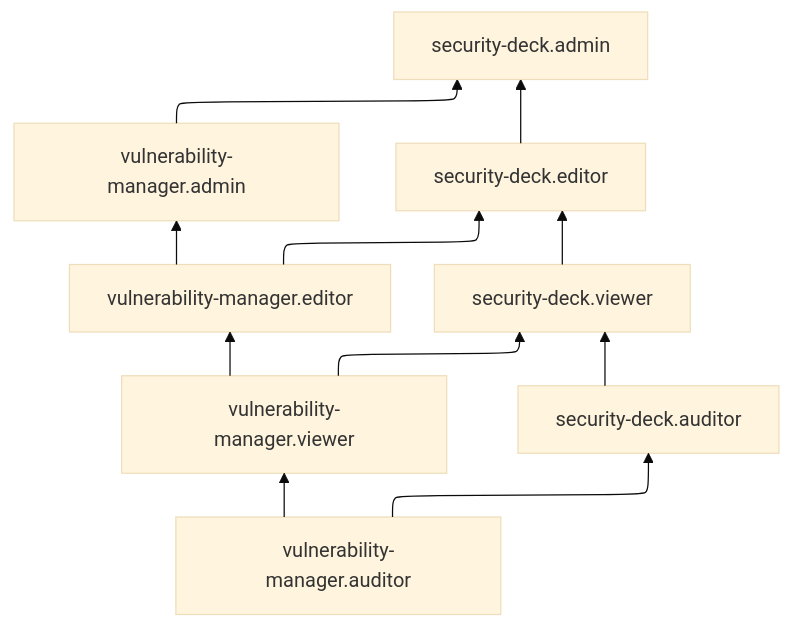
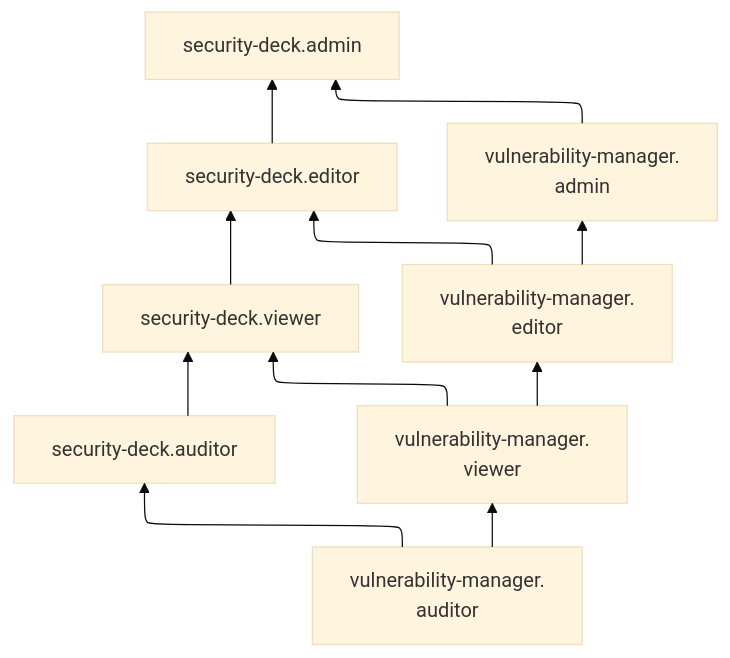
Before and after one commit to yandex-cloud/docs: the diagram in md-docs/security-deck/security/vm-roles.md, drawn with Mermaid (base theme). The commit also changed 4354 other files, not shown here.

````diff
--- a/md-docs/security-deck/security/vm-roles.md
+++ b/md-docs/security-deck/security/vm-roles.md
@@ -7,18 +7,18 @@
 ```mermaid
 %%{init: {"flowchart": {'defaultRenderer': 'elk'}} }%%
 flowchart BT
+    security-deck.auditor --> security-deck.viewer
+    security-deck.viewer --> security-deck.editor
+    security-deck.editor --> security-deck.admin
+
+    vulnerability-manager.editor["vulnerability-manager.<br>editor"] --> vulnerability-manager.admin["vulnerability-manager.<br>admin"]
+    vulnerability-manager.viewer["vulnerability-manager.<br>viewer"] --> vulnerability-manager.editor
+    vulnerability-manager.auditor["vulnerability-manager.<br>auditor"] --> vulnerability-manager.viewer
+
     vulnerability-manager.admin --> security-deck.admin
     vulnerability-manager.editor --> security-deck.editor
     vulnerability-manager.viewer --> security-deck.viewer
     vulnerability-manager.auditor --> security-deck.auditor
 
-    security-deck.auditor --> security-deck.viewer
-    security-deck.viewer --> security-deck.editor
-    security-deck.editor --> security-deck.admin
-
-    vulnerability-manager.editor --> vulnerability-manager.admin
-    vulnerability-manager.viewer --> vulnerability-manager.editor
-    vulnerability-manager.auditor --> vulnerability-manager.viewer
-
     security-deck.auditor ~~~ security-deck.admin
 ```
````
